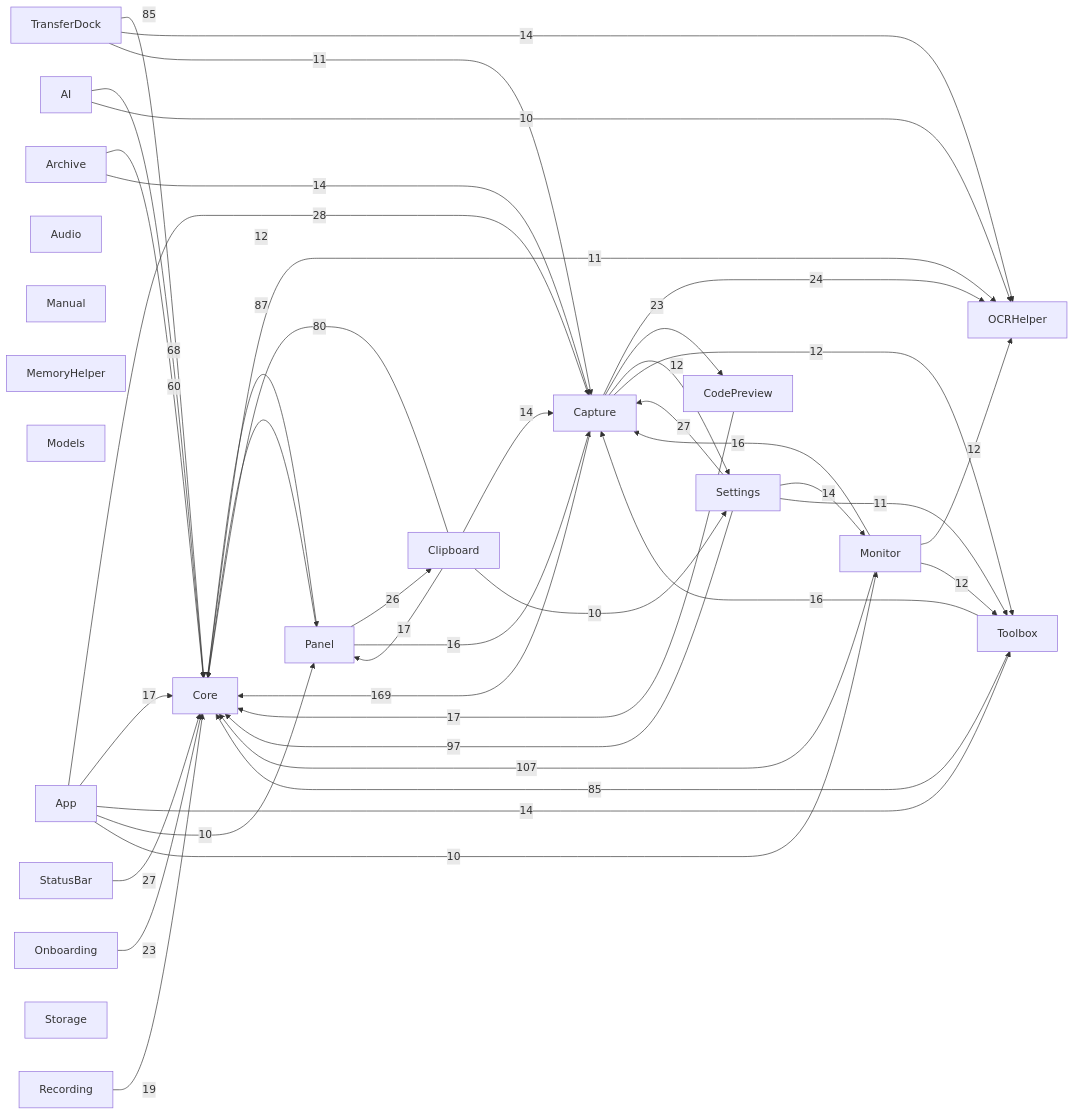
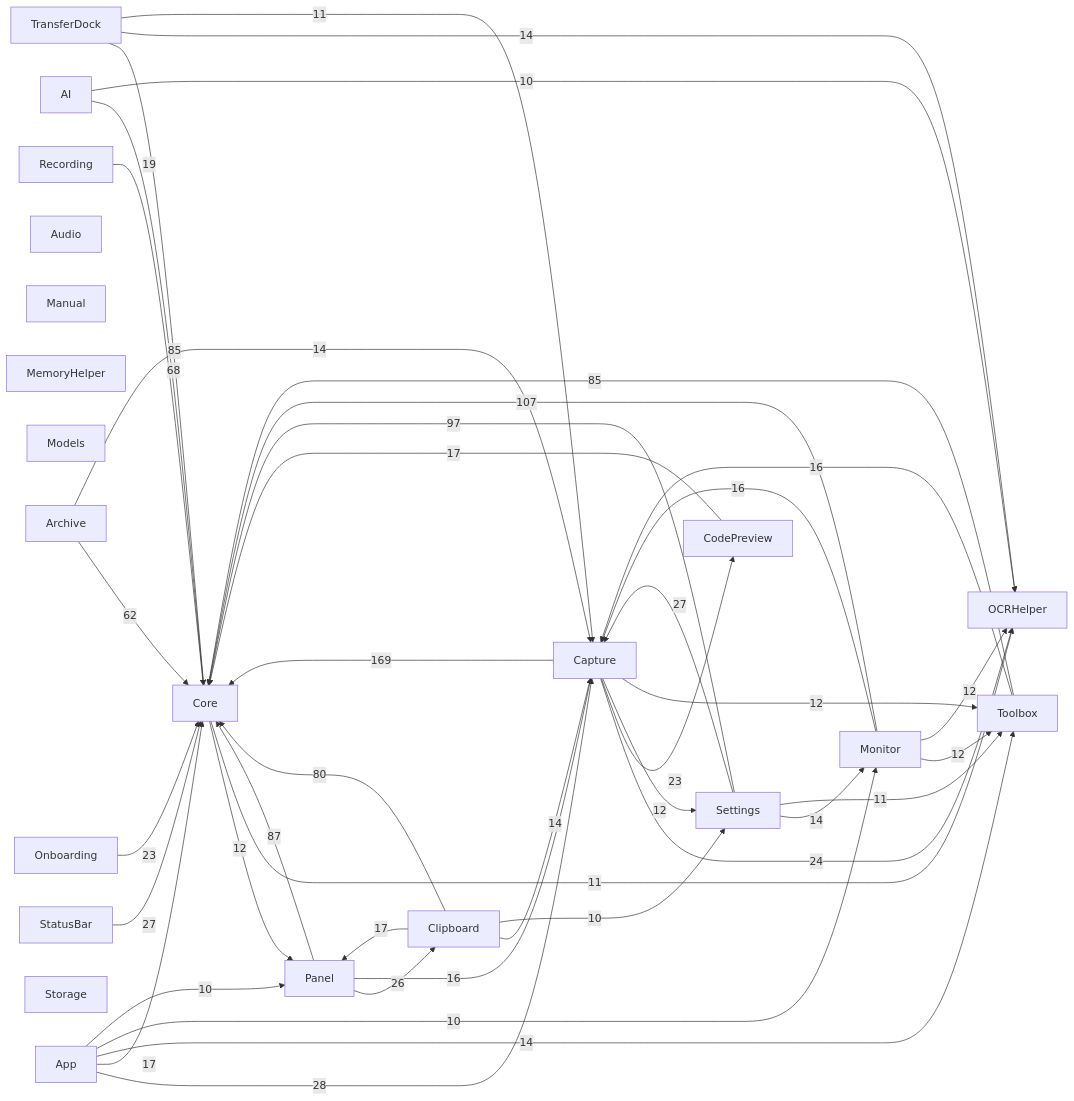
One commit to sxyq/Kitnest changed the diagram in docs/00-总览/模块依赖图.md. Above: the diagram before and after it, drawn with Mermaid. The commit also changed other lines of this file and 7 other files, not shown here.

````diff
--- a/docs/00-总览/模块依赖图.md
+++ b/docs/00-总览/模块依赖图.md
@@ -35,64 +35,64 @@
 ```mermaid
 flowchart LR
   M0["AI"]
   M1["App"]
   M2["Archive"]
   M3["Audio"]
   M4["Capture"]
   M5["Clipboard"]
   M6["CodePreview"]
   M7["Core"]
   M8["Manual"]
   M9["MemoryHelper"]
   M10["Models"]
   M11["Monitor"]
   M12["OCRHelper"]
   M13["Onboarding"]
   M14["Panel"]
   M15["Recording"]
   M16["Settings"]
   M17["StatusBar"]
   M18["Storage"]
   M19["Toolbox"]
   M20["TransferDock"]
   M4 -->|169| M7
   M11 -->|107| M7
   M16 -->|97| M7
   M14 -->|87| M7
   M19 -->|85| M7
   M20 -->|85| M7
   M5 -->|80| M7
   M0 -->|68| M7
-  M2 -->|60| M7
+  M2 -->|62| M7
   M1 -->|28| M4
   M16 -->|27| M4
   M17 -->|27| M7
   M14 -->|26| M5
   M4 -->|24| M12
   M4 -->|23| M6
   M13 -->|23| M7
   M15 -->|19| M7
   M1 -->|17| M7
   M6 -->|17| M7
   M5 -->|17| M14
   M11 -->|16| M4
   M14 -->|16| M4
   M19 -->|16| M4
   M1 -->|14| M19
   M16 -->|14| M11
   M2 -->|14| M4
   M20 -->|14| M12
   M5 -->|14| M4
   M7 -->|12| M14
   M4 -->|12| M16
   M4 -->|12| M19
+  M11 -->|12| M19
   M11 -->|12| M12
-  M11 -->|12| M19
   M7 -->|11| M12
   M16 -->|11| M19
   M20 -->|11| M4
+  M1 -->|10| M11
   M1 -->|10| M14
-  M1 -->|10| M11
   M0 -->|10| M12
   M5 -->|10| M16
 ```
````
